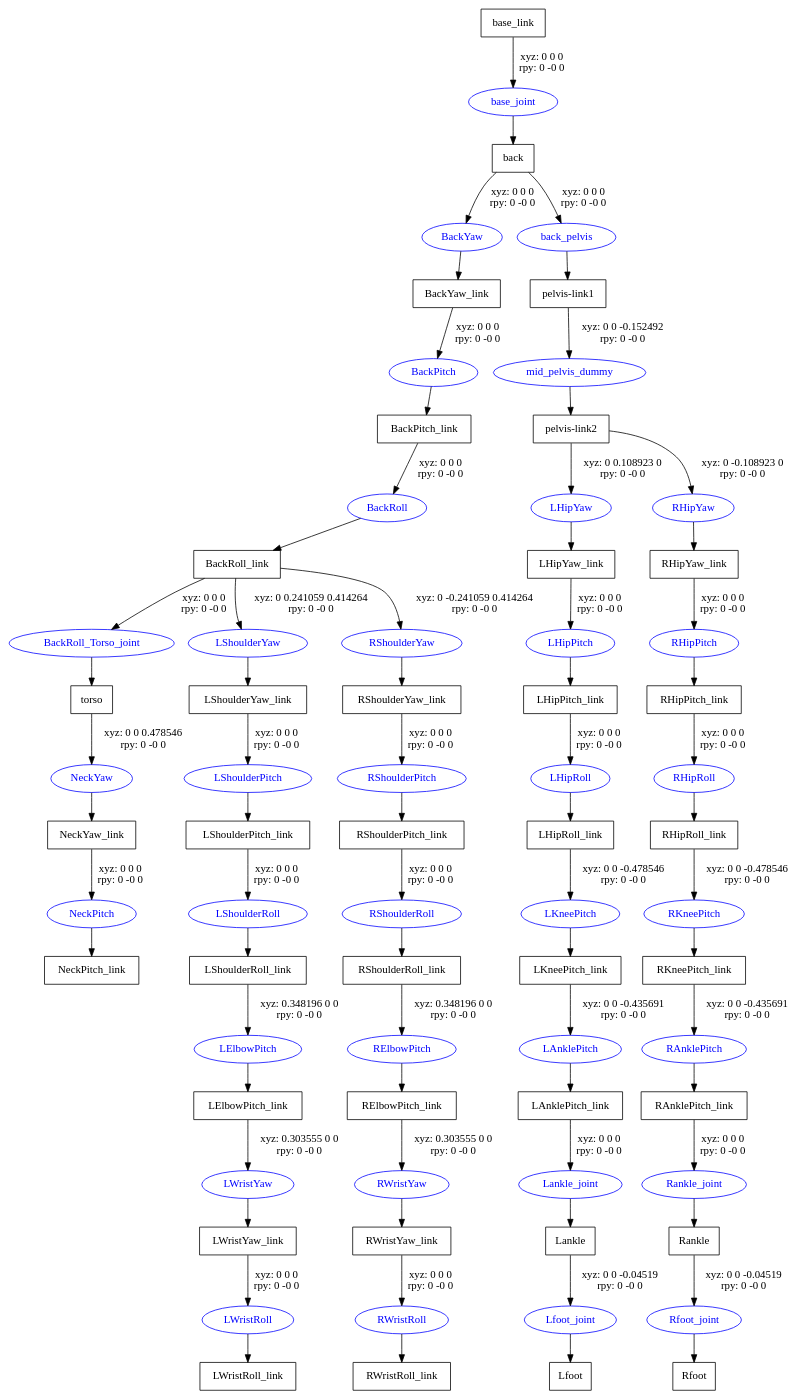
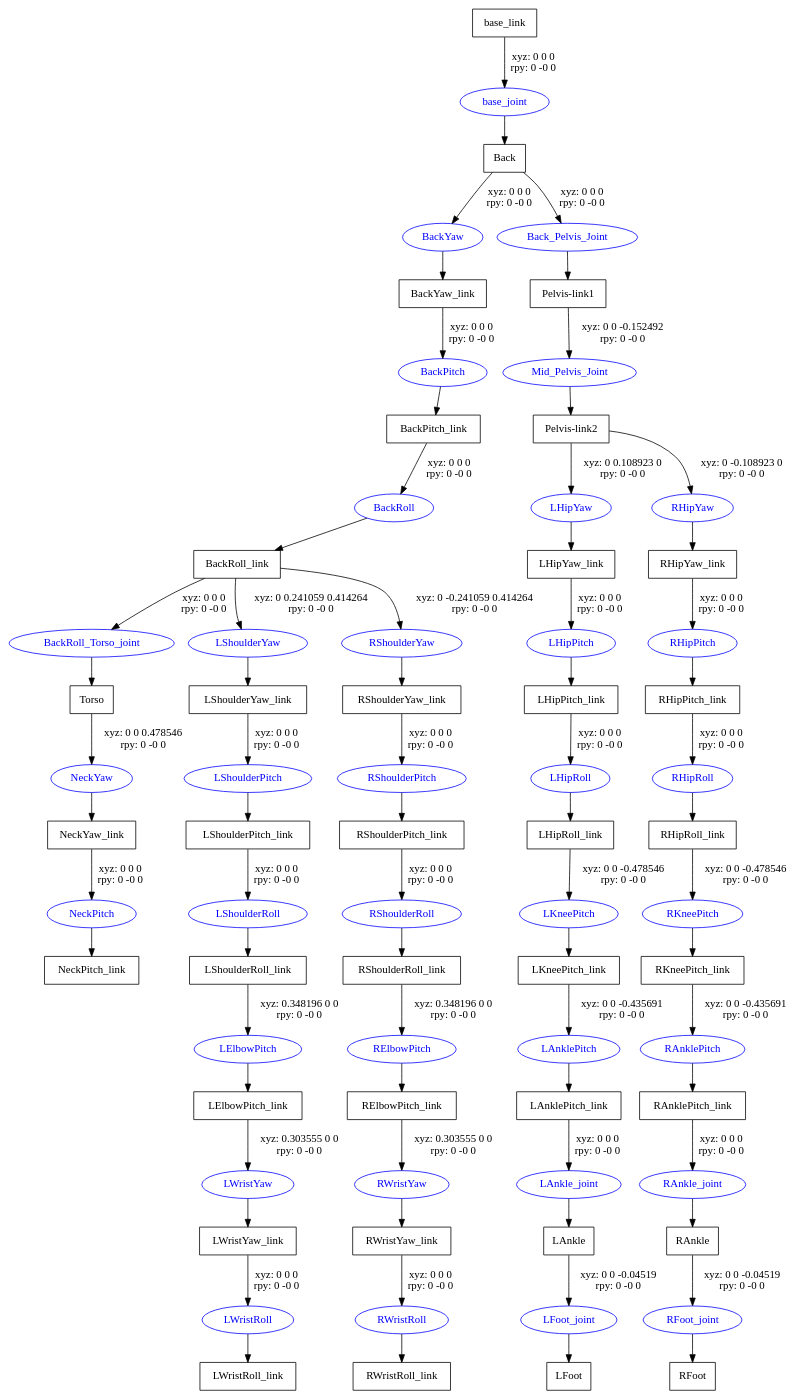
The diagram in ros_workspace/atlas_description/urdf/atlas.gv (openhumanoids/oh-distro), drawn with Graphviz before and after one commit. The commit also changed 3 other files, not shown here.

```diff
--- a/ros_workspace/atlas_description/urdf/atlas.gv
+++ b/ros_workspace/atlas_description/urdf/atlas.gv
@@ -1,110 +1,110 @@
 digraph G {
 node [shape=box];
 "base_link" [label="base_link"];
-"back" [label="back"];
+"Back" [label="Back"];
 "BackYaw_link" [label="BackYaw_link"];
 "BackPitch_link" [label="BackPitch_link"];
 "BackRoll_link" [label="BackRoll_link"];
-"torso" [label="torso"];
+"Torso" [label="Torso"];
 "NeckYaw_link" [label="NeckYaw_link"];
 "NeckPitch_link" [label="NeckPitch_link"];
 "LShoulderYaw_link" [label="LShoulderYaw_link"];
 "LShoulderPitch_link" [label="LShoulderPitch_link"];
 "LShoulderRoll_link" [label="LShoulderRoll_link"];
 "LElbowPitch_link" [label="LElbowPitch_link"];
 "LWristYaw_link" [label="LWristYaw_link"];
 "LWristRoll_link" [label="LWristRoll_link"];
 "RShoulderYaw_link" [label="RShoulderYaw_link"];
 "RShoulderPitch_link" [label="RShoulderPitch_link"];
 "RShoulderRoll_link" [label="RShoulderRoll_link"];
 "RElbowPitch_link" [label="RElbowPitch_link"];
 "RWristYaw_link" [label="RWristYaw_link"];
 "RWristRoll_link" [label="RWristRoll_link"];
-"pelvis-link1" [label="pelvis-link1"];
-"pelvis-link2" [label="pelvis-link2"];
+"Pelvis-link1" [label="Pelvis-link1"];
+"Pelvis-link2" [label="Pelvis-link2"];
 "LHipYaw_link" [label="LHipYaw_link"];
 "LHipPitch_link" [label="LHipPitch_link"];
 "LHipRoll_link" [label="LHipRoll_link"];
 "LKneePitch_link" [label="LKneePitch_link"];
 "LAnklePitch_link" [label="LAnklePitch_link"];
-"Lankle" [label="Lankle"];
-"Lfoot" [label="Lfoot"];
+"LAnkle" [label="LAnkle"];
+"LFoot" [label="LFoot"];
 "RHipYaw_link" [label="RHipYaw_link"];
 "RHipPitch_link" [label="RHipPitch_link"];
 "RHipRoll_link" [label="RHipRoll_link"];
 "RKneePitch_link" [label="RKneePitch_link"];
 "RAnklePitch_link" [label="RAnklePitch_link"];
-"Rankle" [label="Rankle"];
-"Rfoot" [label="Rfoot"];
+"RAnkle" [label="RAnkle"];
+"RFoot" [label="RFoot"];
 node [shape=ellipse, color=blue, fontcolor=blue];
 "base_link" -> "base_joint" [label="xyz: 0 0 0 \nrpy: 0 -0 0"]
-"base_joint" -> "back"
-"back" -> "BackYaw" [label="xyz: 0 0 0 \nrpy: 0 -0 0"]
+"base_joint" -> "Back"
+"Back" -> "BackYaw" [label="xyz: 0 0 0 \nrpy: 0 -0 0"]
 "BackYaw" -> "BackYaw_link"
 "BackYaw_link" -> "BackPitch" [label="xyz: 0 0 0 \nrpy: 0 -0 0"]
 "BackPitch" -> "BackPitch_link"
 "BackPitch_link" -> "BackRoll" [label="xyz: 0 0 0 \nrpy: 0 -0 0"]
 "BackRoll" -> "BackRoll_link"
 "BackRoll_link" -> "BackRoll_Torso_joint" [label="xyz: 0 0 0 \nrpy: 0 -0 0"]
-"BackRoll_Torso_joint" -> "torso"
-"torso" -> "NeckYaw" [label="xyz: 0 0 0.478546 \nrpy: 0 -0 0"]
+"BackRoll_Torso_joint" -> "Torso"
+"Torso" -> "NeckYaw" [label="xyz: 0 0 0.478546 \nrpy: 0 -0 0"]
 "NeckYaw" -> "NeckYaw_link"
 "NeckYaw_link" -> "NeckPitch" [label="xyz: 0 0 0 \nrpy: 0 -0 0"]
 "NeckPitch" -> "NeckPitch_link"
 "BackRoll_link" -> "LShoulderYaw" [label="xyz: 0 0.241059 0.414264 \nrpy: 0 -0 0"]
 "LShoulderYaw" -> "LShoulderYaw_link"
 "LShoulderYaw_link" -> "LShoulderPitch" [label="xyz: 0 0 0 \nrpy: 0 -0 0"]
 "LShoulderPitch" -> "LShoulderPitch_link"
 "LShoulderPitch_link" -> "LShoulderRoll" [label="xyz: 0 0 0 \nrpy: 0 -0 0"]
 "LShoulderRoll" -> "LShoulderRoll_link"
 "LShoulderRoll_link" -> "LElbowPitch" [label="xyz: 0.348196 0 0 \nrpy: 0 -0 0"]
 "LElbowPitch" -> "LElbowPitch_link"
 "LElbowPitch_link" -> "LWristYaw" [label="xyz: 0.303555 0 0 \nrpy: 0 -0 0"]
 "LWristYaw" -> "LWristYaw_link"
 "LWristYaw_link" -> "LWristRoll" [label="xyz: 0 0 0 \nrpy: 0 -0 0"]
 "LWristRoll" -> "LWristRoll_link"
 "BackRoll_link" -> "RShoulderYaw" [label="xyz: 0 -0.241059 0.414264 \nrpy: 0 -0 0"]
 "RShoulderYaw" -> "RShoulderYaw_link"
 "RShoulderYaw_link" -> "RShoulderPitch" [label="xyz: 0 0 0 \nrpy: 0 -0 0"]
 "RShoulderPitch" -> "RShoulderPitch_link"
 "RShoulderPitch_link" -> "RShoulderRoll" [label="xyz: 0 0 0 \nrpy: 0 -0 0"]
 "RShoulderRoll" -> "RShoulderRoll_link"
 "RShoulderRoll_link" -> "RElbowPitch" [label="xyz: 0.348196 0 0 \nrpy: 0 -0 0"]
 "RElbowPitch" -> "RElbowPitch_link"
 "RElbowPitch_link" -> "RWristYaw" [label="xyz: 0.303555 0 0 \nrpy: 0 -0 0"]
 "RWristYaw" -> "RWristYaw_link"
 "RWristYaw_link" -> "RWristRoll" [label="xyz: 0 0 0 \nrpy: 0 -0 0"]
 "RWristRoll" -> "RWristRoll_link"
-"back" -> "back_pelvis" [label="xyz: 0 0 0 \nrpy: 0 -0 0"]
-"back_pelvis" -> "pelvis-link1"
-"pelvis-link1" -> "mid_pelvis_dummy" [label="xyz: 0 0 -0.152492 \nrpy: 0 -0 0"]
-"mid_pelvis_dummy" -> "pelvis-link2"
-"pelvis-link2" -> "LHipYaw" [label="xyz: 0 0.108923 0 \nrpy: 0 -0 0"]
+"Back" -> "Back_Pelvis_Joint" [label="xyz: 0 0 0 \nrpy: 0 -0 0"]
+"Back_Pelvis_Joint" -> "Pelvis-link1"
+"Pelvis-link1" -> "Mid_Pelvis_Joint" [label="xyz: 0 0 -0.152492 \nrpy: 0 -0 0"]
+"Mid_Pelvis_Joint" -> "Pelvis-link2"
+"Pelvis-link2" -> "LHipYaw" [label="xyz: 0 0.108923 0 \nrpy: 0 -0 0"]
 "LHipYaw" -> "LHipYaw_link"
 "LHipYaw_link" -> "LHipPitch" [label="xyz: 0 0 0 \nrpy: 0 -0 0"]
 "LHipPitch" -> "LHipPitch_link"
 "LHipPitch_link" -> "LHipRoll" [label="xyz: 0 0 0 \nrpy: 0 -0 0"]
 "LHipRoll" -> "LHipRoll_link"
 "LHipRoll_link" -> "LKneePitch" [label="xyz: 0 0 -0.478546 \nrpy: 0 -0 0"]
 "LKneePitch" -> "LKneePitch_link"
 "LKneePitch_link" -> "LAnklePitch" [label="xyz: 0 0 -0.435691 \nrpy: 0 -0 0"]
 "LAnklePitch" -> "LAnklePitch_link"
-"LAnklePitch_link" -> "Lankle_joint" [label="xyz: 0 0 0 \nrpy: 0 -0 0"]
-"Lankle_joint" -> "Lankle"
-"Lankle" -> "Lfoot_joint" [label="xyz: 0 0 -0.04519 \nrpy: 0 -0 0"]
-"Lfoot_joint" -> "Lfoot"
-"pelvis-link2" -> "RHipYaw" [label="xyz: 0 -0.108923 0 \nrpy: 0 -0 0"]
+"LAnklePitch_link" -> "LAnkle_joint" [label="xyz: 0 0 0 \nrpy: 0 -0 0"]
+"LAnkle_joint" -> "LAnkle"
+"LAnkle" -> "LFoot_joint" [label="xyz: 0 0 -0.04519 \nrpy: 0 -0 0"]
+"LFoot_joint" -> "LFoot"
+"Pelvis-link2" -> "RHipYaw" [label="xyz: 0 -0.108923 0 \nrpy: 0 -0 0"]
 "RHipYaw" -> "RHipYaw_link"
 "RHipYaw_link" -> "RHipPitch" [label="xyz: 0 0 0 \nrpy: 0 -0 0"]
 "RHipPitch" -> "RHipPitch_link"
 "RHipPitch_link" -> "RHipRoll" [label="xyz: 0 0 0 \nrpy: 0 -0 0"]
 "RHipRoll" -> "RHipRoll_link"
 "RHipRoll_link" -> "RKneePitch" [label="xyz: 0 0 -0.478546 \nrpy: 0 -0 0"]
 "RKneePitch" -> "RKneePitch_link"
 "RKneePitch_link" -> "RAnklePitch" [label="xyz: 0 0 -0.435691 \nrpy: 0 -0 0"]
 "RAnklePitch" -> "RAnklePitch_link"
-"RAnklePitch_link" -> "Rankle_joint" [label="xyz: 0 0 0 \nrpy: 0 -0 0"]
-"Rankle_joint" -> "Rankle"
-"Rankle" -> "Rfoot_joint" [label="xyz: 0 0 -0.04519 \nrpy: 0 -0 0"]
-"Rfoot_joint" -> "Rfoot"
+"RAnklePitch_link" -> "RAnkle_joint" [label="xyz: 0 0 0 \nrpy: 0 -0 0"]
+"RAnkle_joint" -> "RAnkle"
+"RAnkle" -> "RFoot_joint" [label="xyz: 0 0 -0.04519 \nrpy: 0 -0 0"]
+"RFoot_joint" -> "RFoot"
 }
```
